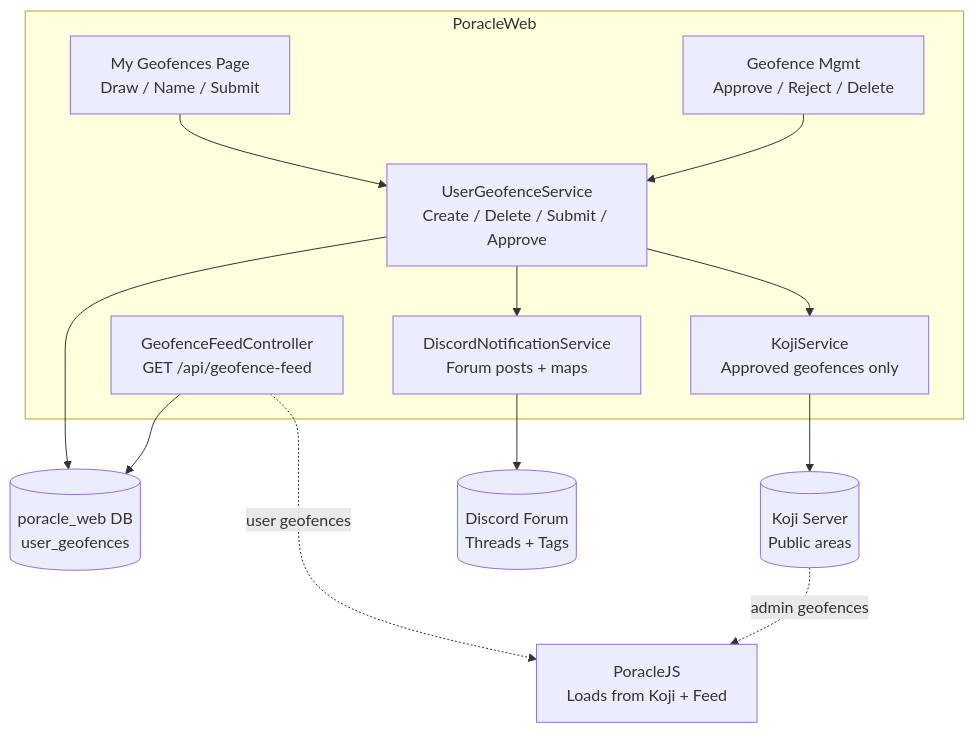
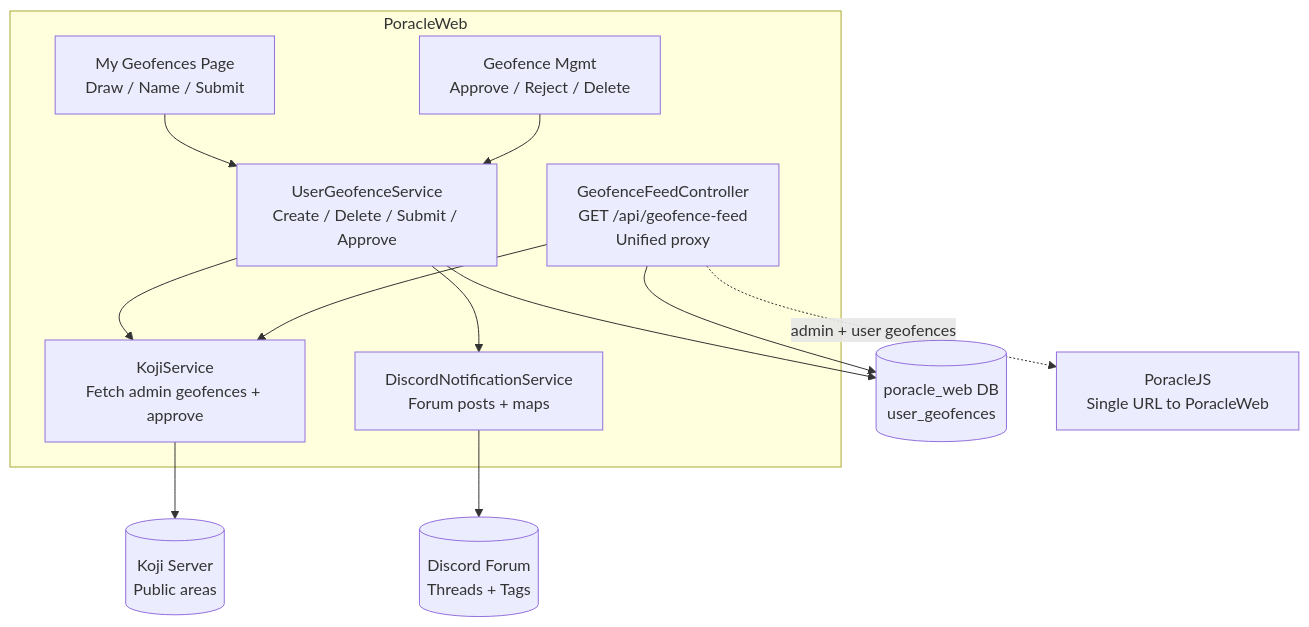
The first of 4 diagrams in README.md (PGAN-Dev/PoracleWeb.NET), drawn with Mermaid before and after one commit. The commit also changed other lines of this file and 11 other files, not shown here.

First line of the commit message:
feat: unified geofence proxy feed — PoracleWeb as single source

````diff
--- a/README.md
+++ b/README.md
@@ -332,27 +333,27 @@
 ```mermaid
 graph TB
     subgraph PoracleWeb
         UI1[My Geofences Page<br/>Draw / Name / Submit]
         UI2[Geofence Mgmt<br/>Approve / Reject / Delete]
-        Feed[GeofenceFeedController<br/>GET /api/geofence-feed]
+        Feed[GeofenceFeedController<br/>GET /api/geofence-feed<br/>Unified proxy]
         Svc[UserGeofenceService<br/>Create / Delete / Submit / Approve]
-        Koji[KojiService<br/>Approved geofences only]
+        Koji[KojiService<br/>Fetch admin geofences + approve]
         Discord[DiscordNotificationService<br/>Forum posts + maps]
     end
 
     DB[(poracle_web DB<br/>user_geofences)]
     KojiServer[(Koji Server<br/>Public areas)]
     DiscordForum[(Discord Forum<br/>Threads + Tags)]
-    Poracle[PoracleJS<br/>Loads from Koji + Feed]
+    Poracle[PoracleJS<br/>Single URL to PoracleWeb]
 
     UI1 --> Svc
     UI2 --> Svc
     Svc --> DB
     Svc --> Koji
     Svc --> Discord
     Feed --> DB
+    Feed --> Koji
     Koji --> KojiServer
     Discord --> DiscordForum
-    Feed -.->|user geofences| Poracle
-    KojiServer -.->|admin geofences| Poracle
+    Feed -.->|admin + user geofences| Poracle
 ```
````
